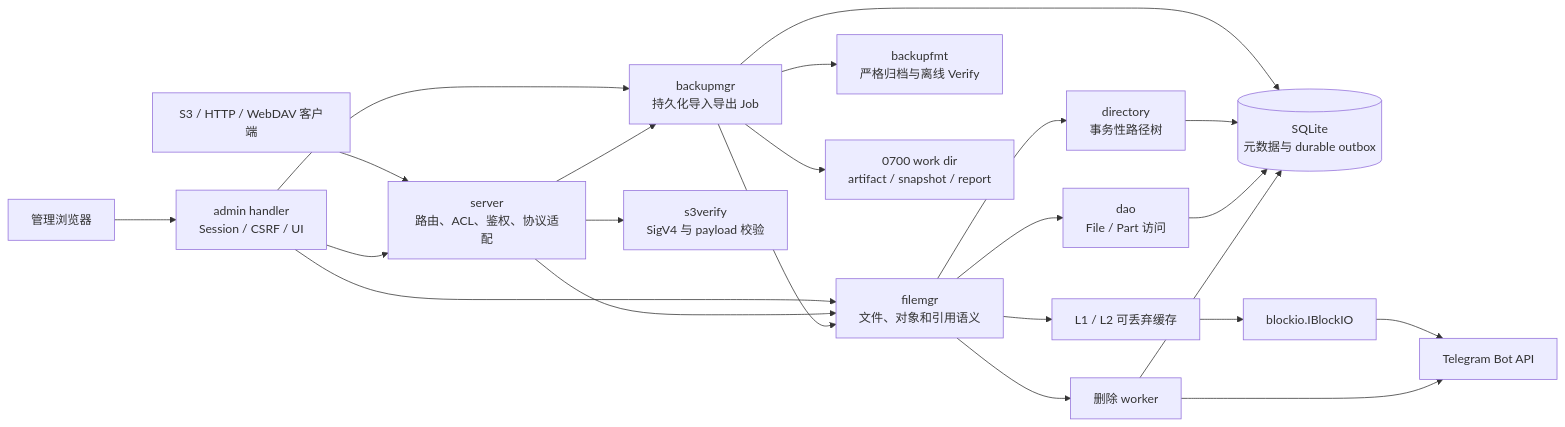
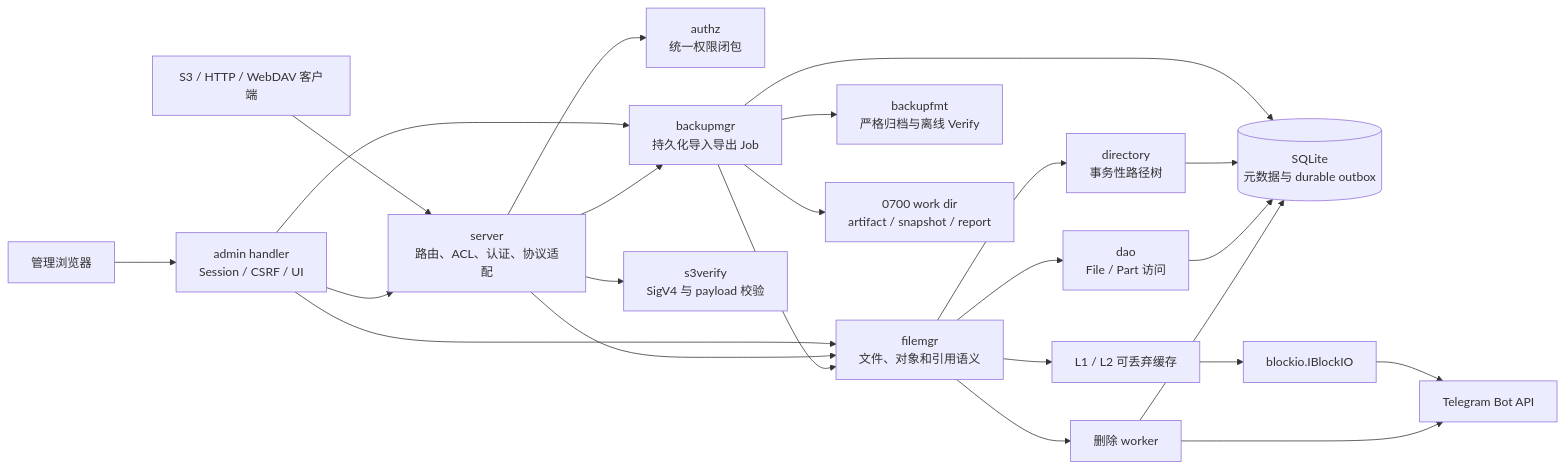
The diagram in docs/01-architecture.md (xxxsen/tgfile), drawn with Mermaid before and after one commit. The commit also changed other lines of this file and 36 other files, not shown here.

````diff
--- a/docs/01-architecture.md
+++ b/docs/01-architecture.md
@@ -32,25 +32,26 @@
 ```mermaid
 flowchart LR
-    Client["S3 / HTTP / WebDAV 客户端"] --> Server["server<br/>路由、ACL、鉴权、协议适配"]
+    Client["S3 / HTTP / WebDAV 客户端"] --> Server["server<br/>路由、ACL、认证、协议适配"]
+    Server --> Authz["authz<br/>统一权限闭包"]
     Browser["管理浏览器"] --> Admin["admin handler<br/>Session / CSRF / UI"]
     Admin --> Server
     Admin --> FM
     Admin --> Backup
     Server --> Verify["s3verify<br/>SigV4 与 payload 校验"]
     Server --> FM["filemgr<br/>文件、对象和引用语义"]
     Server --> Backup["backupmgr<br/>持久化导入导出 Job"]
     Backup --> Format["backupfmt<br/>严格归档与离线 Verify"]
     Backup --> FM
     Backup --> WorkDir["0700 work dir<br/>artifact / snapshot / report"]
     Backup --> SQLite
     FM --> Directory["directory<br/>事务性路径树"]
     FM --> DAO["dao<br/>File / Part 访问"]
     Directory --> SQLite[("SQLite<br/>元数据与 durable outbox")]
     DAO --> SQLite
     FM --> Cache["L1 / L2 可丢弃缓存"]
     Cache --> BlockIO["blockio.IBlockIO"]
     BlockIO --> Telegram["Telegram Bot API"]
     FM --> Worker["删除 worker"]
     Worker --> SQLite
     Worker --> Telegram
 ```
````
